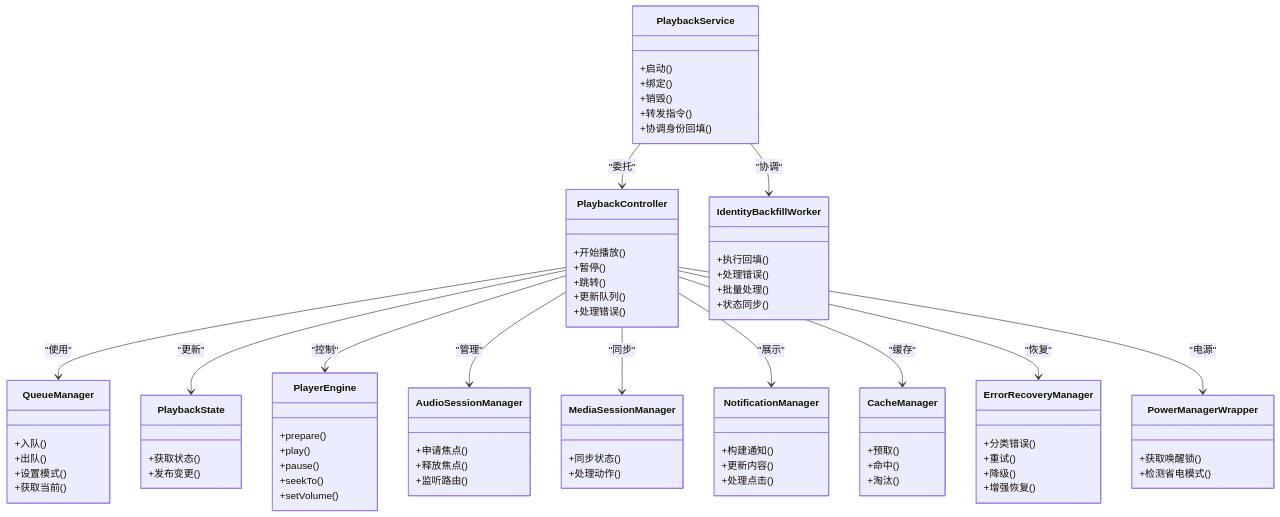
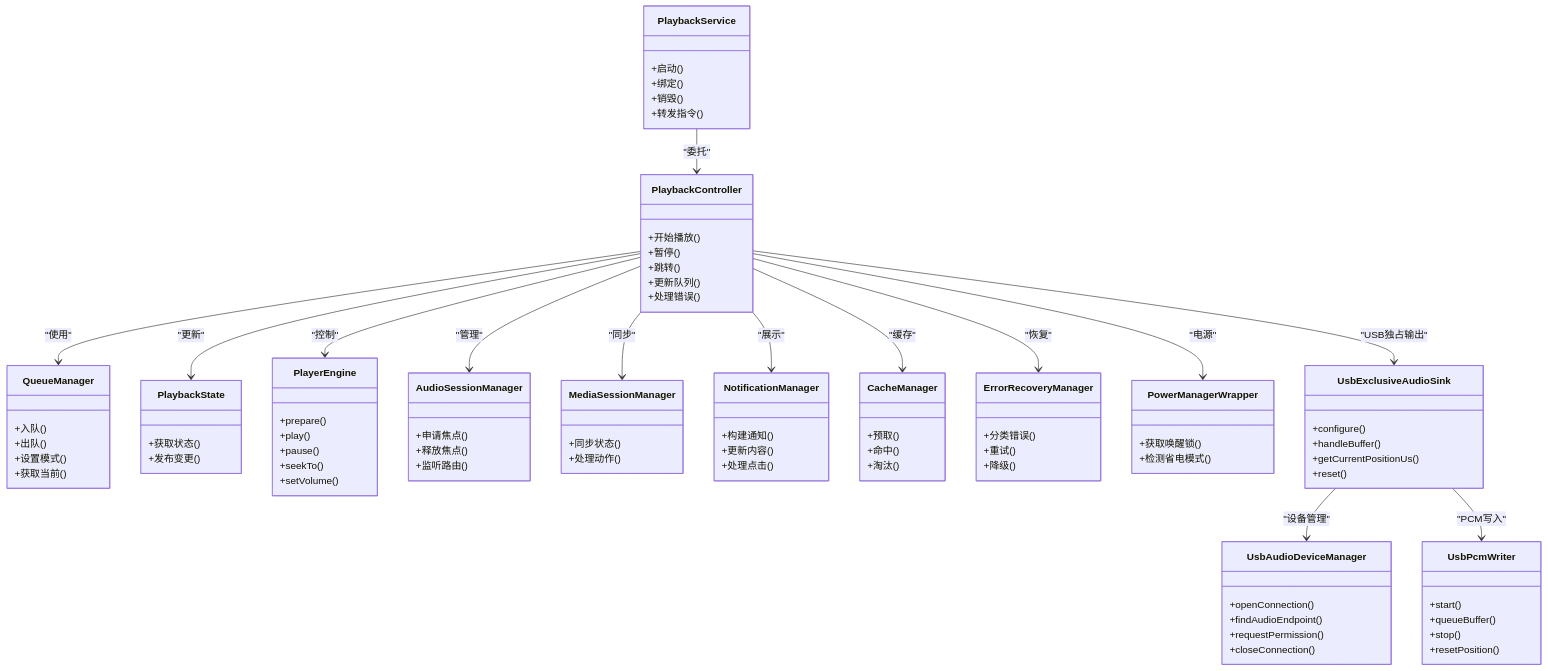
One commit to ysyhlly/Yukine-android changed the third of 7 diagrams in .qoder/repowiki/zh/content/播放系统/播放系统.md. Above: the diagram before and after it, drawn with Mermaid. The commit also changed other lines of this file and 254 other files, not shown here.

````diff
--- a/.qoder/repowiki/zh/content/播放系统/播放系统.md
+++ b/.qoder/repowiki/zh/content/播放系统/播放系统.md
@@ -329,7 +318,6 @@
 +绑定()
 +销毁()
 +转发指令()
-+协调身份回填()
 }
 class PlaybackController {
 +开始播放()
@@ -378,20 +366,30 @@
 +分类错误()
 +重试()
 +降级()
-+增强恢复()
 }
 class PowerManagerWrapper {
 +获取唤醒锁()
 +检测省电模式()
 }
-class IdentityBackfillWorker {
-+执行回填()
-+处理错误()
-+批量处理()
-+状态同步()
+class UsbExclusiveAudioSink {
++configure()
++handleBuffer()
++getCurrentPositionUs()
++reset()
+}
+class UsbAudioDeviceManager {
++openConnection()
++findAudioEndpoint()
++requestPermission()
++closeConnection()
+}
+class UsbPcmWriter {
++start()
++queueBuffer()
++stop()
++resetPosition()
 }
 PlaybackService --> PlaybackController : "委托"
-PlaybackService --> IdentityBackfillWorker : "协调"
 PlaybackController --> QueueManager : "使用"
 PlaybackController --> PlaybackState : "更新"
 PlaybackController --> PlayerEngine : "控制"
@@ -401,4 +399,7 @@
 PlaybackController --> CacheManager : "缓存"
 PlaybackController --> ErrorRecoveryManager : "恢复"
 PlaybackController --> PowerManagerWrapper : "电源"
+PlaybackController --> UsbExclusiveAudioSink : "USB独占输出"
+UsbExclusiveAudioSink --> UsbAudioDeviceManager : "设备管理"
+UsbExclusiveAudioSink --> UsbPcmWriter : "PCM写入"
 ```
````
